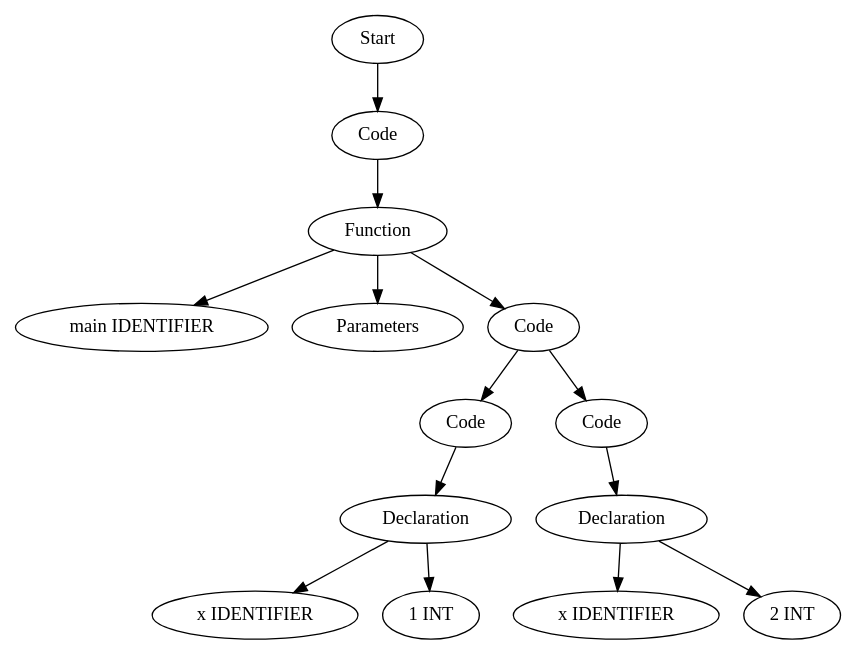
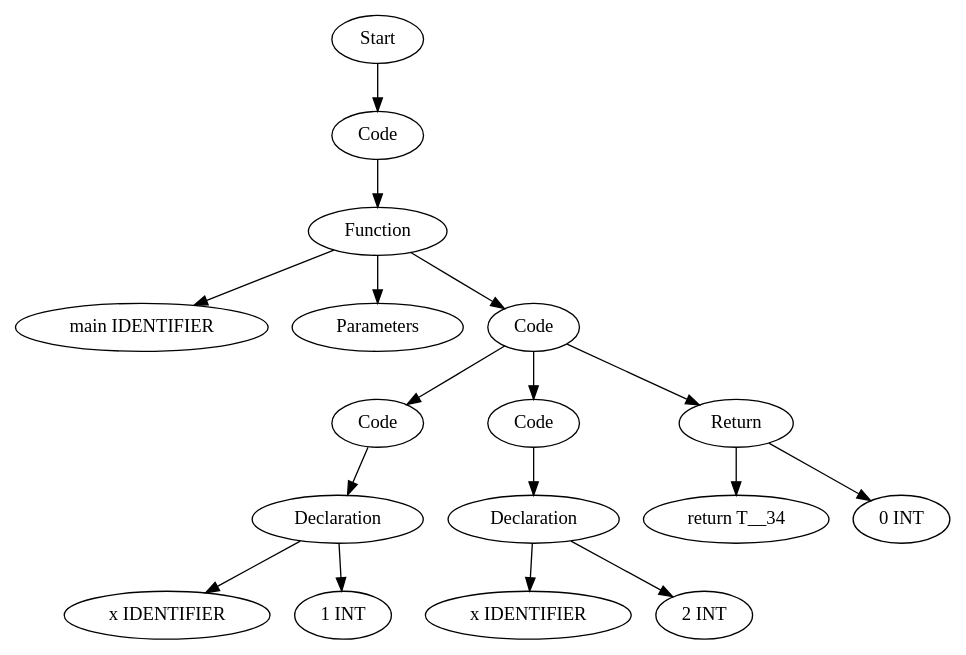
Before and after one commit to Are-you-listening/Compilers: the diagram in TestCases/ASTTests/SemanticErrorsTests/createTests/read_file_before.dot, drawn with Graphviz. The commit also changed 32 other files, not shown here.

```diff
--- a/TestCases/ASTTests/SemanticErrorsTests/createTests/read_file_before.dot
+++ b/TestCases/ASTTests/SemanticErrorsTests/createTests/read_file_before.dot
@@ -1,29 +1,35 @@
 digraph AST {
-  "131442034235984" [label="Start"];
-  "131442034235984" -> "131442034235312";
-  "131442034235312" [label="Code"];
-  "131442034235312" -> "131442034241264";
-  "131442034241264" [label="Function"];
-  "131442034241264" -> "131442034237472";
-  "131442034241264" -> "131442034237136";
-  "131442034241264" -> "131442034238768";
-  "131442034237472" [label="main IDENTIFIER"];
-  "131442034237136" [label="Parameters"];
-  "131442034238768" [label="Code"];
-  "131442034238768" -> "131442034240736";
-  "131442034238768" -> "131442034238576";
-  "131442034240736" [label="Code"];
-  "131442034240736" -> "131442034238720";
-  "131442034238720" [label="Declaration"];
-  "131442034238720" -> "131442034235840";
-  "131442034238720" -> "131442034230128";
-  "131442034235840" [label="x IDENTIFIER"];
-  "131442034230128" [label="1 INT"];
-  "131442034238576" [label="Code"];
-  "131442034238576" -> "131442034237712";
-  "131442034237712" [label="Declaration"];
-  "131442034237712" -> "131442034242224";
-  "131442034237712" -> "131442034238960";
-  "131442034242224" [label="x IDENTIFIER"];
-  "131442034238960" [label="2 INT"];
+  "128044840936752" [label="Start"];
+  "128044840936752" -> "128044840934064";
+  "128044840934064" [label="Code"];
+  "128044840934064" -> "128044840936848";
+  "128044840936848" [label="Function"];
+  "128044840936848" -> "128044840934928";
+  "128044840936848" -> "128044840936656";
+  "128044840936848" -> "128044840928640";
+  "128044840934928" [label="main IDENTIFIER"];
+  "128044840936656" [label="Parameters"];
+  "128044840928640" [label="Code"];
+  "128044840928640" -> "128044840939968";
+  "128044840928640" -> "128044840930848";
+  "128044840928640" -> "128044840938528";
+  "128044840939968" [label="Code"];
+  "128044840939968" -> "128044840939056";
+  "128044840939056" [label="Declaration"];
+  "128044840939056" -> "128044840934400";
+  "128044840939056" -> "128044840937424";
+  "128044840934400" [label="x IDENTIFIER"];
+  "128044840937424" [label="1 INT"];
+  "128044840930848" [label="Code"];
+  "128044840930848" -> "128044840935600";
+  "128044840935600" [label="Declaration"];
+  "128044840935600" -> "128044840938864";
+  "128044840935600" -> "128044840941072";
+  "128044840938864" [label="x IDENTIFIER"];
+  "128044840941072" [label="2 INT"];
+  "128044840938528" [label="Return"];
+  "128044840938528" -> "128044840934784";
+  "128044840938528" -> "128044840940688";
+  "128044840934784" [label="return T__34"];
+  "128044840940688" [label="0 INT"];
 }
```
